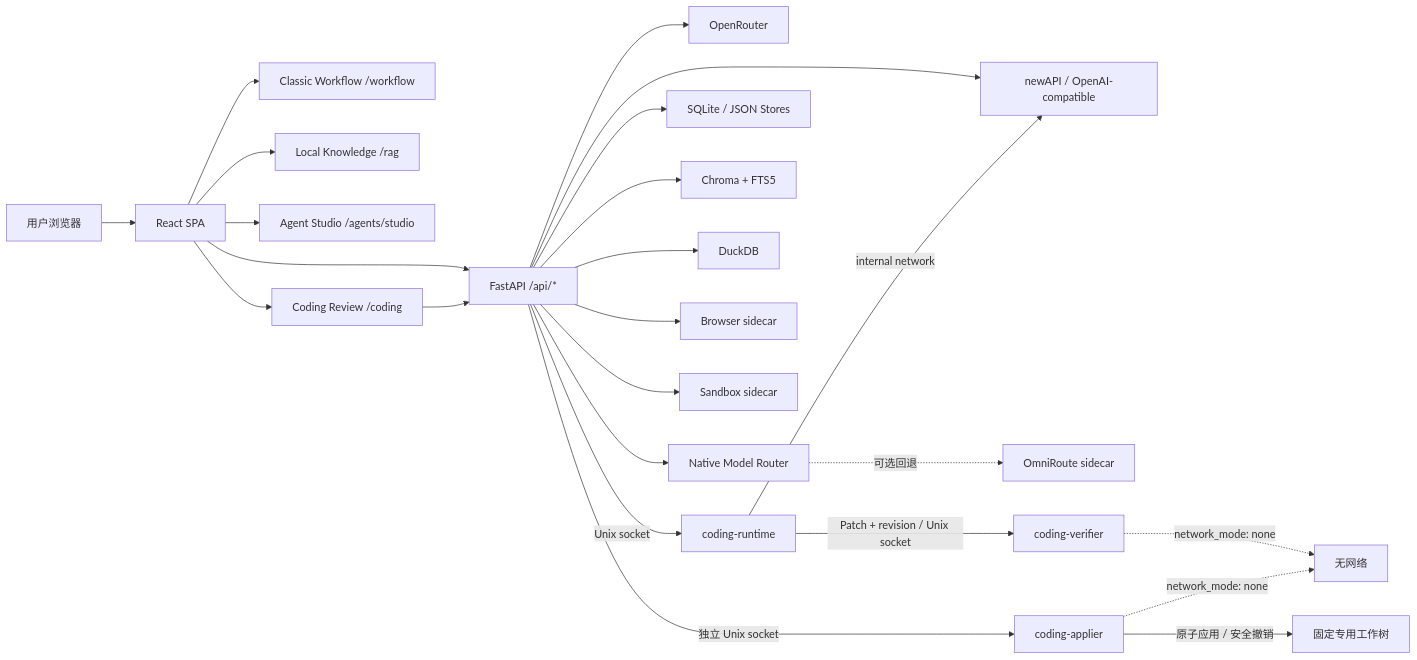
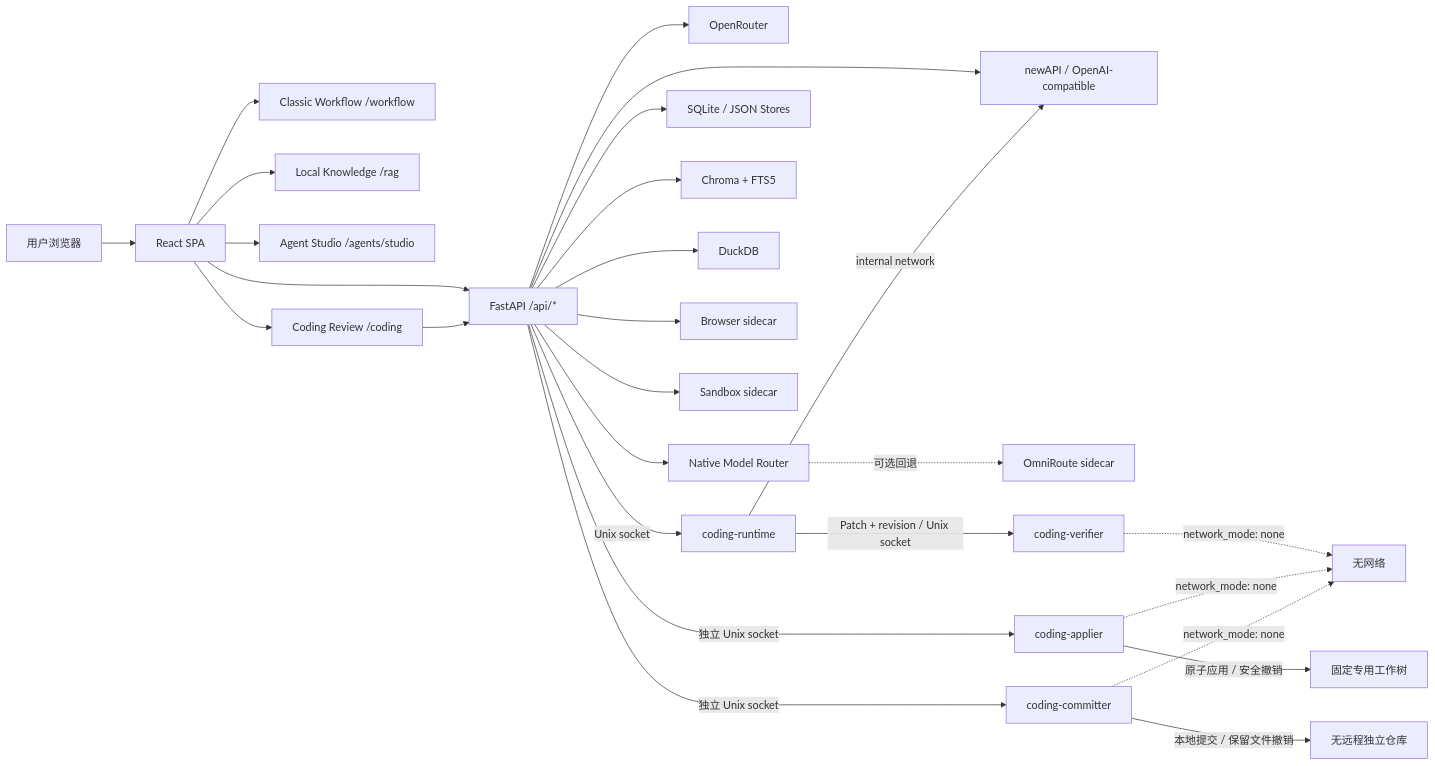
One commit to PinkElf-Elysia/ModelMirror changed the first of 3 diagrams in docs/ARCHITECTURE.md. Above: the diagram before and after it, drawn with Mermaid. The commit also changed other lines of this file and 4 other files, not shown here.

Commit message:
docs: 完成 Coding 本地提交 harness

````diff
--- a/docs/ARCHITECTURE.md
+++ b/docs/ARCHITECTURE.md
@@ -45,29 +46,32 @@
 ```mermaid
 flowchart LR
   U["用户浏览器"] --> SPA["React SPA"]
   SPA --> API["FastAPI /api/*"]
 
   SPA --> WF["Classic Workflow /workflow"]
   SPA --> RAG["Local Knowledge /rag"]
   SPA --> STUDIO["Agent Studio /agents/studio"]
   SPA --> CODING["Coding Review /coding"]
   CODING --> API
 
   API --> GW["newAPI / OpenAI-compatible"]
   API --> OR["OpenRouter"]
   API --> ROUTER["Native Model Router"]
   ROUTER -. "可选回退" .-> OMNI["OmniRoute sidecar"]
 
   API --> SQL["SQLite / JSON Stores"]
   API --> VECTOR["Chroma + FTS5"]
   API --> DX["DuckDB"]
   API --> BROWSER["Browser sidecar"]
   API --> SANDBOX["Sandbox sidecar"]
   API -->|"Unix socket"| CODER["coding-runtime"]
   CODER -->|"internal network"| GW
   CODER -->|"Patch + revision / Unix socket"| VERIFY["coding-verifier"]
   VERIFY -. "network_mode: none" .-> OFFLINE["无网络"]
   API -->|"独立 Unix socket"| APPLY["coding-applier"]
   APPLY -->|"原子应用 / 安全撤销"| TARGET["固定专用工作树"]
   APPLY -. "network_mode: none" .-> OFFLINE
+  API -->|"独立 Unix socket"| COMMIT["coding-committer"]
+  COMMIT -->|"本地提交 / 保留文件撤销"| REPO["无远程独立仓库"]
+  COMMIT -. "network_mode: none" .-> OFFLINE
 ```
````
